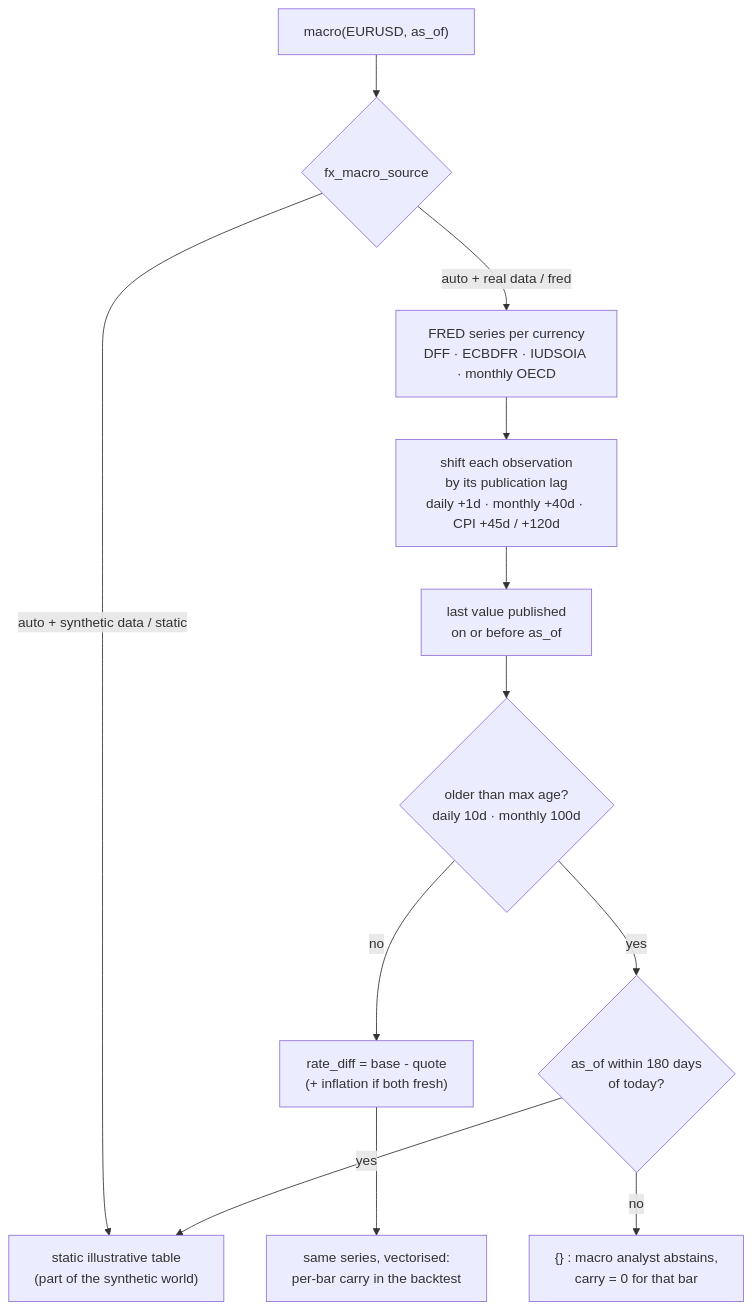
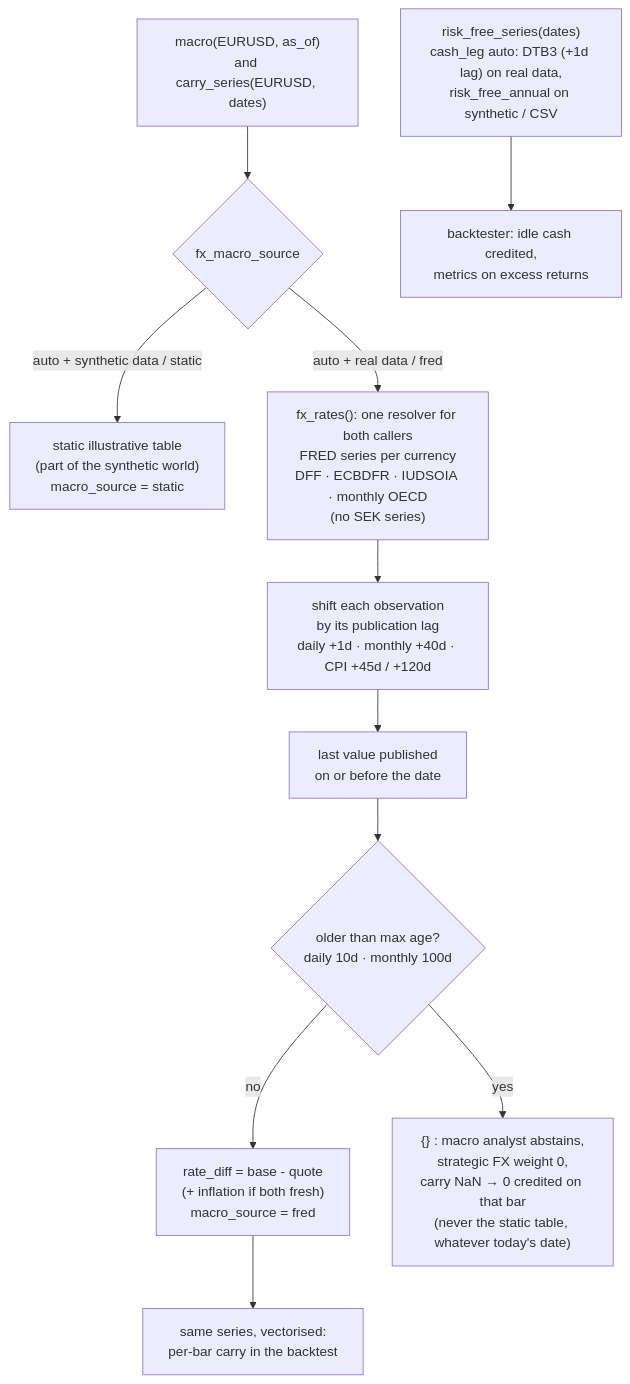
One commit to AshJha0/agentic-trader changed diagram 17 of 30 in docs/DIAGRAMS.md. Above: the diagram before and after it, drawn with Mermaid. The commit also changed other lines of this file and 112 other files, not shown here.

````diff
--- a/docs/DIAGRAMS.md
+++ b/docs/DIAGRAMS.md
@@ -524,14 +534,13 @@
 ```mermaid
 flowchart TD
-    Q["macro(EURUSD, as_of)"] --> SRC{"fx_macro_source"}
-    SRC -- "auto + synthetic data / static" --> ST["static illustrative table<br/>(part of the synthetic world)"]
-    SRC -- "auto + real data / fred" --> F["FRED series per currency<br/>DFF · ECBDFR · IUDSOIA · monthly OECD"]
+    Q["macro(EURUSD, as_of)<br/>and carry_series(EURUSD, dates)"] --> SRC{"fx_macro_source"}
+    SRC -- "auto + synthetic data / static" --> ST["static illustrative table<br/>(part of the synthetic world)<br/>macro_source = static"]
+    SRC -- "auto + real data / fred" --> F["fx_rates(): one resolver for both callers<br/>FRED series per currency<br/>DFF · ECBDFR · IUDSOIA · monthly OECD<br/>(no SEK series)"]
     F --> LAG["shift each observation<br/>by its publication lag<br/>daily +1d · monthly +40d · CPI +45d / +120d"]
-    LAG --> LAST["last value published<br/>on or before as_of"]
+    LAG --> LAST["last value published<br/>on or before the date"]
     LAST --> AGE{"older than max age?<br/>daily 10d · monthly 100d"}
-    AGE -- no --> USE["rate_diff = base - quote<br/>(+ inflation if both fresh)"]
-    AGE -- yes --> REC{"as_of within 180 days<br/>of today?"}
-    REC -- yes --> ST
-    REC -- no --> NONE["{} : macro analyst abstains,<br/>carry = 0 for that bar"]
+    AGE -- no --> USE["rate_diff = base - quote<br/>(+ inflation if both fresh)<br/>macro_source = fred"]
+    AGE -- yes --> NONE["{} : macro analyst abstains,<br/>strategic FX weight 0,<br/>carry NaN → 0 credited on that bar<br/>(never the static table, whatever today's date)"]
     USE --> CARRY["same series, vectorised:<br/>per-bar carry in the backtest"]
+    CASH["risk_free_series(dates)<br/>cash_leg auto: DTB3 (+1d lag) on real data,<br/>risk_free_annual on synthetic / CSV"] --> ENG["backtester: idle cash credited,<br/>metrics on excess returns"]
 ```
````
